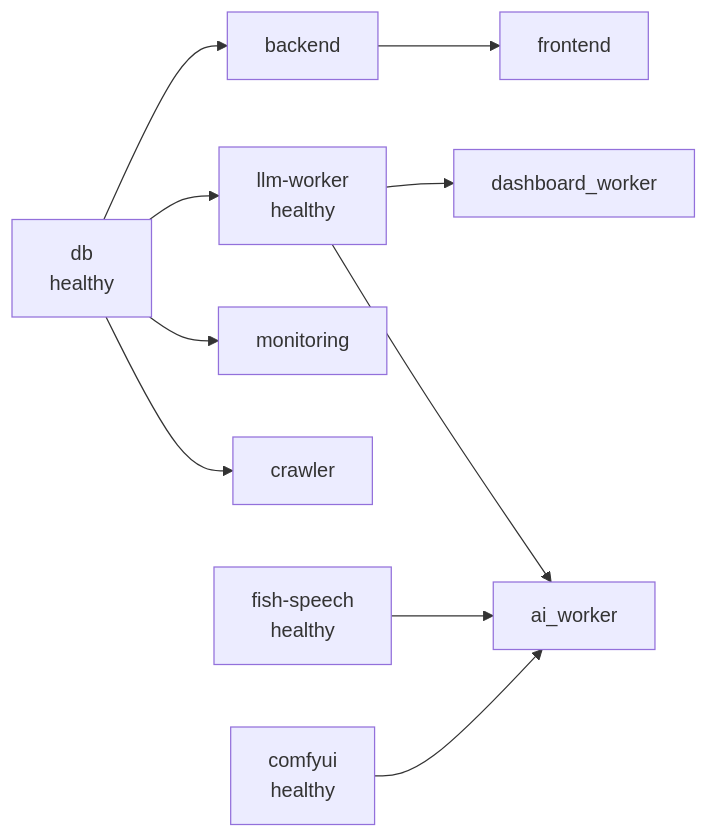
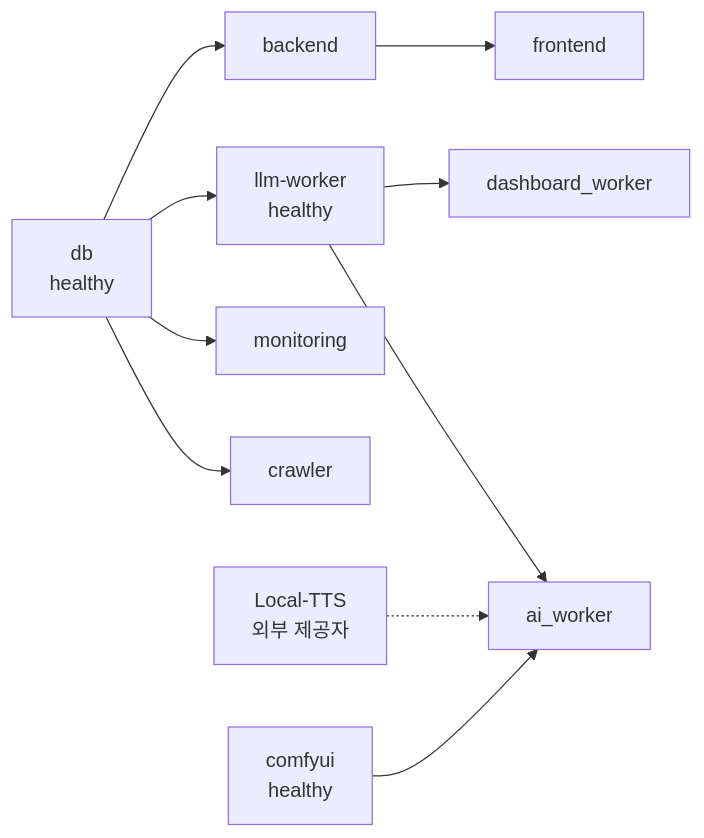
The fourth of 4 diagrams in docs/shared/20-containers.md (Justant-source/WaggleBot), drawn with Mermaid before and after one commit. The commit also changed other lines of this file and 81 other files, not shown here.

First line of the commit message:
feat(tts): Fish Speech 폐기, Local-TTS 제공자로 전환 (프리셋 보이스 M1~M5/F1~F5, 발음 프로필 wagglebot/shorts-ko)

````diff
--- a/docs/shared/20-containers.md
+++ b/docs/shared/20-containers.md
@@ -358,12 +356,12 @@
 ```mermaid
 flowchart LR
     DB[db<br/>healthy] --> CRAWLER[crawler]
     DB --> MON[monitoring]
     DB --> LLM[llm-worker<br/>healthy]
     DB --> BACKEND[backend]
     LLM --> AI[ai_worker]
     LLM --> DW[dashboard_worker]
-    FISH[fish-speech<br/>healthy] --> AI
+    LTTS[Local-TTS<br/>외부 제공자] -.-> AI
     COMFY[comfyui<br/>healthy] --> AI
     BACKEND --> FRONTEND[frontend]
 ```
````
